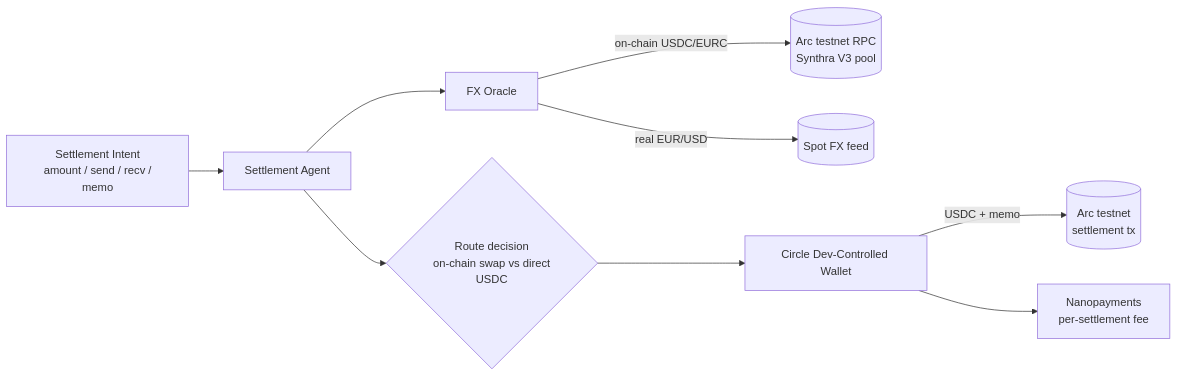
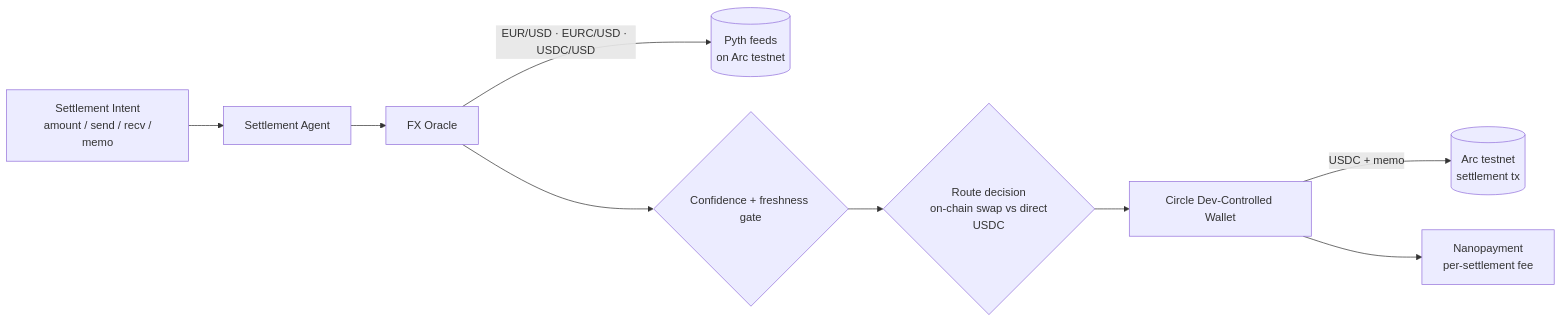
Before and after one commit to minimaker1/arc-settlement-agent: the diagram in README.md, drawn with Mermaid. The commit also changed other lines of this file, not shown here.

Commit message:
README: reflect real Pyth on-chain FX oracle (drop simulated framing)

````diff
--- a/README.md
+++ b/README.md
@@ -26,11 +27,11 @@
 ```mermaid
 flowchart LR
     intent[Settlement Intent\n amount / send / recv / memo] --> agent[Settlement Agent]
     agent --> oracle[FX Oracle]
-    oracle -->|on-chain USDC/EURC| arc[(Arc testnet RPC\n Synthra V3 pool)]
-    oracle -->|real EUR/USD| fx[(Spot FX feed)]
-    agent --> route{Route decision\n on-chain swap vs direct USDC}
+    oracle -->|EUR/USD · EURC/USD · USDC/USD| pyth[(Pyth feeds\n on Arc testnet)]
+    oracle --> gate{Confidence + freshness gate}
+    gate --> route{Route decision\n on-chain swap vs direct USDC}
     route --> wallet[Circle Dev-Controlled Wallet]
     wallet -->|USDC + memo| settle[(Arc testnet\n settlement tx)]
-    wallet --> fee[Nanopayments\n per-settlement fee]
+    wallet --> fee[Nanopayment\n per-settlement fee]
 ```
````
